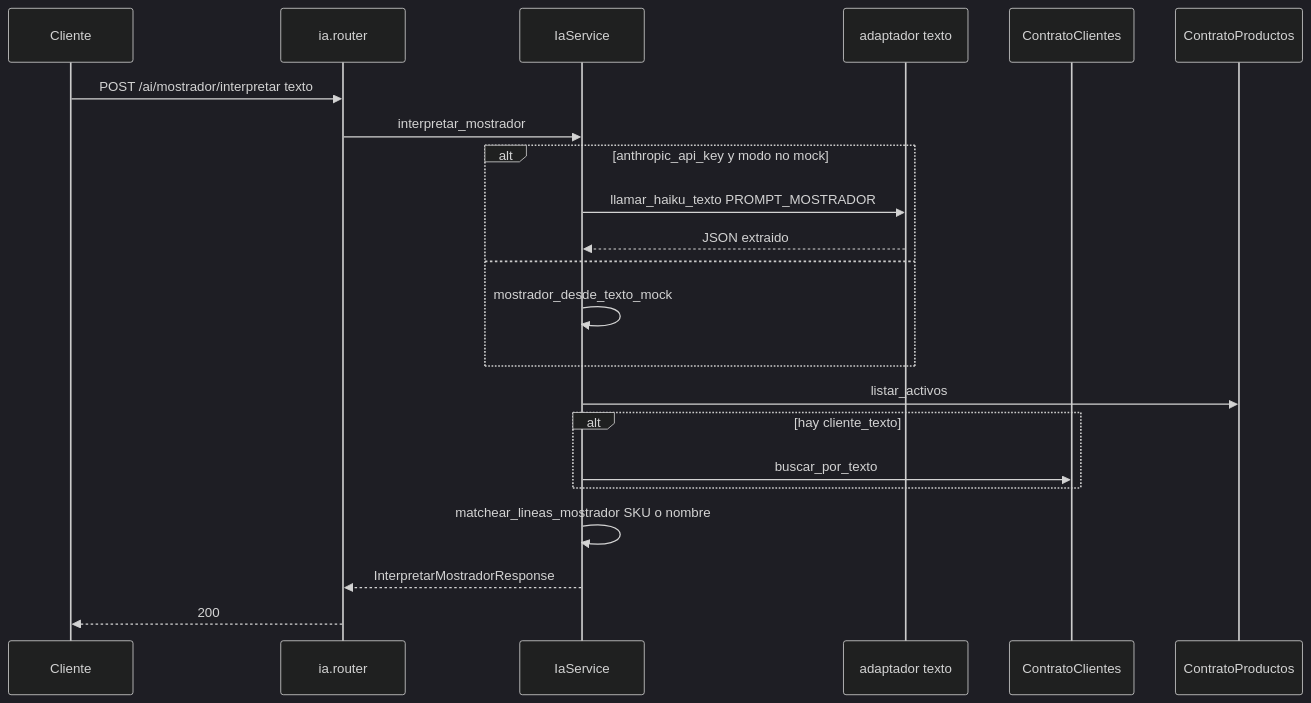
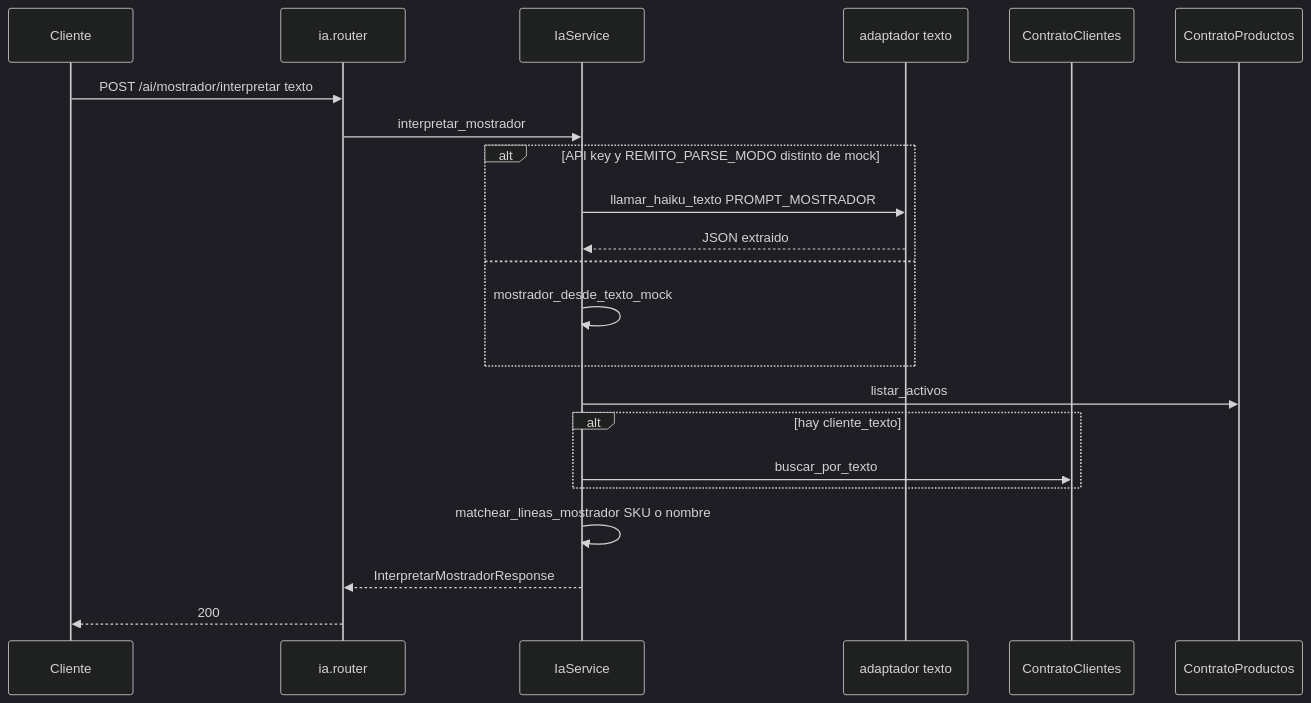
Before and after one commit to estsan3/ventas360-api: the first of 3 diagrams in docs/diagramas/ia.md, drawn with Mermaid (dark theme). The commit also changed other lines of this file and 21 other files, not shown here.

First line of the commit message:
docs: diagramas de secuencia por módulo (sync 2026-11-10)

````diff
--- a/docs/diagramas/ia.md
+++ b/docs/diagramas/ia.md
@@ -14,25 +14,25 @@
 ```mermaid
 sequenceDiagram
     participant Cliente
     participant Router as ia.router
     participant Service as IaService
     participant LLM as adaptador texto
     participant Clientes as ContratoClientes
     participant Productos as ContratoProductos
 
     Cliente->>Router: POST /ai/mostrador/interpretar texto
     Router->>Service: interpretar_mostrador
-    alt anthropic_api_key y modo no mock
+    alt API key y REMITO_PARSE_MODO distinto de mock
         Service->>LLM: llamar_haiku_texto PROMPT_MOSTRADOR
         LLM-->>Service: JSON extraido
     else
         Service->>Service: mostrador_desde_texto_mock
     end
     Service->>Productos: listar_activos
     alt hay cliente_texto
         Service->>Clientes: buscar_por_texto
     end
     Service->>Service: matchear_lineas_mostrador SKU o nombre
     Service-->>Router: InterpretarMostradorResponse
     Router-->>Cliente: 200
 ```
````
